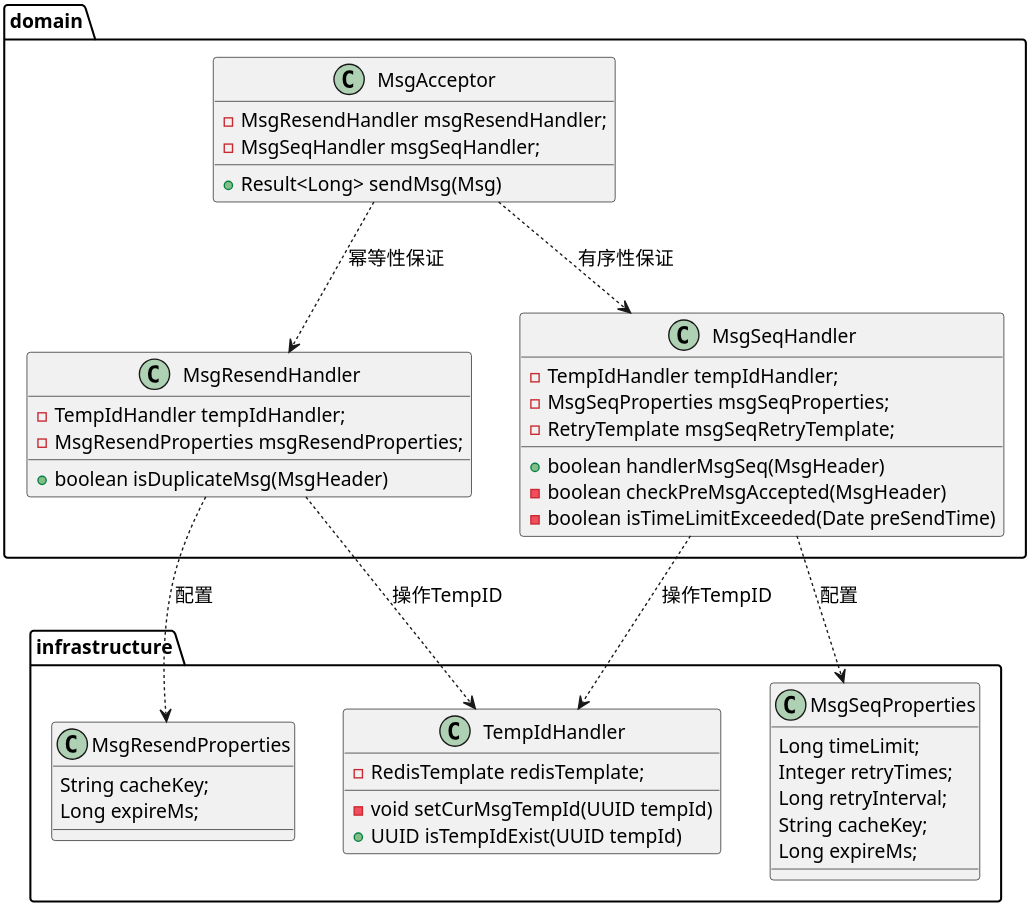
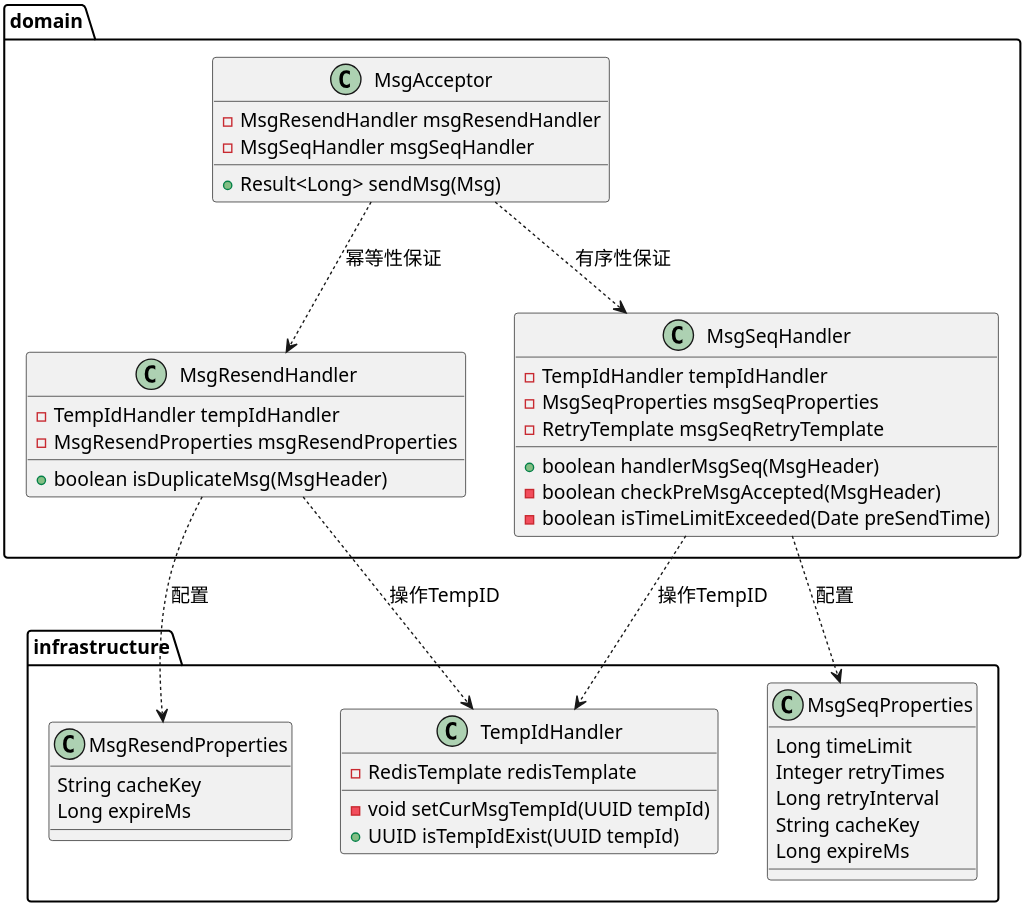
Before and after one commit to Etherealss/MessagePusher: the diagram in uml/msg-accpetor/幂等与有序.puml, drawn with PlantUML. The commit also changed 10 other files, not shown here.

Commit message:
feature: uml

```diff
--- a/uml/msg-accpetor/幂等与有序.puml
+++ b/uml/msg-accpetor/幂等与有序.puml
@@ -1,62 +1,62 @@
 @startuml
 'https://plantuml.com/class-diagram
 skinparam shadowing false
 skinparam defaultFontName xfonts-wqy
 skinparam dpi 300
 skinparam activity  {
     DiamondFontSize 14
     ArrowFontSize 14
     FontSize 14
 }
 
 package domain {
     class MsgAcceptor {
-        - MsgResendHandler msgResendHandler;
-        - MsgSeqHandler msgSeqHandler;
+        - MsgResendHandler msgResendHandler
+        - MsgSeqHandler msgSeqHandler
         + Result<Long> sendMsg(Msg)
     }
     class MsgSeqHandler {
-        - TempIdHandler tempIdHandler;
-        - MsgSeqProperties msgSeqProperties;
-        - RetryTemplate msgSeqRetryTemplate;
+        - TempIdHandler tempIdHandler
+        - MsgSeqProperties msgSeqProperties
+        - RetryTemplate msgSeqRetryTemplate
         + boolean handlerMsgSeq(MsgHeader)
         - boolean checkPreMsgAccepted(MsgHeader)
         - boolean isTimeLimitExceeded(Date preSendTime)
     }
 
     class MsgResendHandler {
-        - TempIdHandler tempIdHandler;
-        - MsgResendProperties msgResendProperties;
+        - TempIdHandler tempIdHandler
+        - MsgResendProperties msgResendProperties
         + boolean isDuplicateMsg(MsgHeader)
     }
 }
 
 
 package infrastructure {
     class MsgSeqProperties {
-        Long timeLimit;
-        Integer retryTimes;
-        Long retryInterval;
-        String cacheKey;
-        Long expireMs;
+        Long timeLimit
+        Integer retryTimes
+        Long retryInterval
+        String cacheKey
+        Long expireMs
     }
 
     class MsgResendProperties {
-        String cacheKey;
-        Long expireMs;
+        String cacheKey
+        Long expireMs
     }
     class TempIdHandler {
-        - RedisTemplate redisTemplate;
+        - RedisTemplate redisTemplate
         - void setCurMsgTempId(UUID tempId)
         + UUID isTempIdExist(UUID tempId)
     }
 }
 MsgAcceptor ..> MsgResendHandler: 幂等性保证
 MsgAcceptor ..> MsgSeqHandler: 有序性保证
 
 MsgResendHandler ..> MsgResendProperties: 配置
 MsgSeqHandler ..> MsgSeqProperties: 配置
 
 MsgResendHandler .> TempIdHandler: 操作TempID
 MsgSeqHandler ..> TempIdHandler: 操作TempID
 @enduml
```
